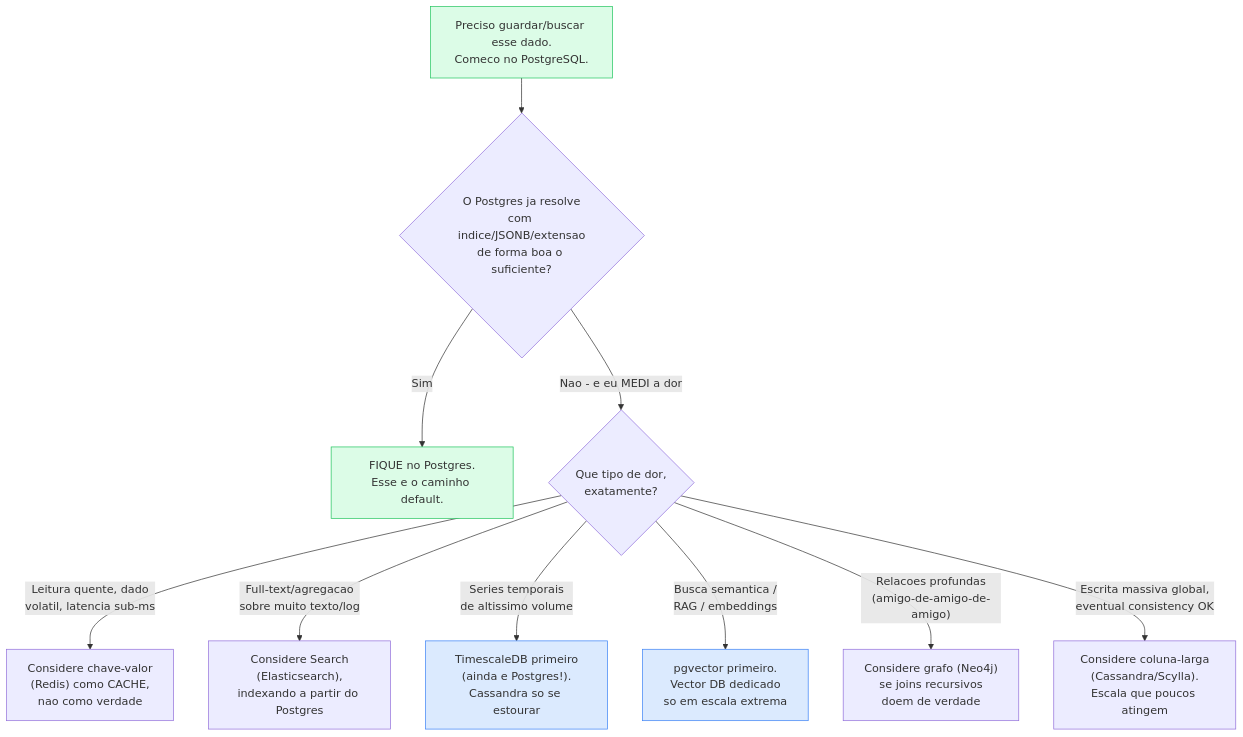
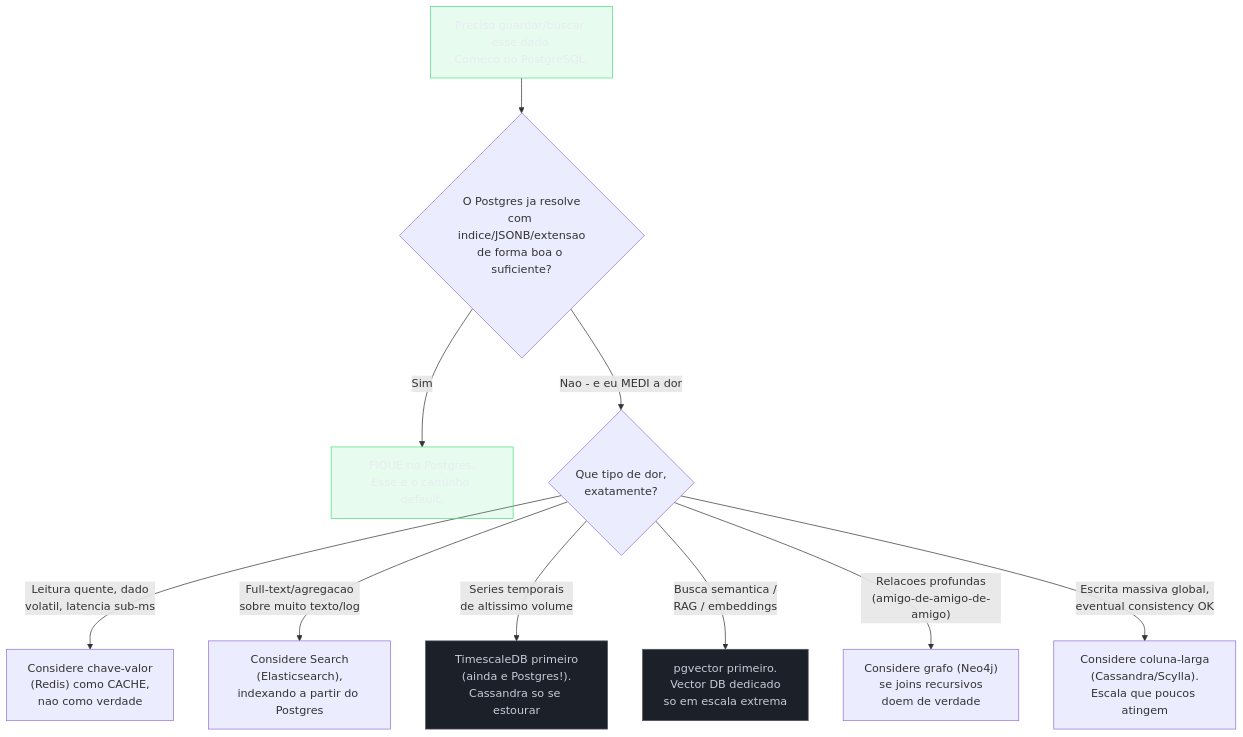
Before and after one commit to josenaldo/codex-technomanticus: the third of 4 diagrams in 03-Dominios/Ciência/Banco de Dados/14 - NoSQL e polyglot persistence.md, drawn with Mermaid. The commit also changed other lines of this file and 1181 other files, not shown here.

First line of the commit message:
fix(diagramas): paleta do sistema no lugar de cor cravada no markdown

````diff
--- a/03-Dominios/Ciência/Banco de Dados/14 - NoSQL e polyglot persistence.md
+++ b/03-Dominios/Ciência/Banco de Dados/14 - NoSQL e polyglot persistence.md
@@ -163,19 +165,21 @@
 ```mermaid
 flowchart TD
+    classDef ok fill:#4ADE8021,stroke:#4ADE80,color:#E9ECF2
+    classDef neutro fill:#1B2029,stroke:#4E5666,color:#C6CCD8
     Start["Preciso guardar/buscar esse dado.<br/>Comeco no PostgreSQL."]
     Start --> Q1{"O Postgres ja resolve<br/>com indice/JSONB/extensao<br/>de forma boa o suficiente?"}
     Q1 -->|Sim| Stay["FIQUE no Postgres.<br/>Esse e o caminho default."]
     Q1 -->|"Nao - e eu MEDI a dor"| Q2{"Que tipo de dor,<br/>exatamente?"}
 
     Q2 -->|"Leitura quente, dado<br/>volatil, latencia sub-ms"| KV["Considere chave-valor<br/>(Redis) como CACHE,<br/>nao como verdade"]
     Q2 -->|"Full-text/agregacao<br/>sobre muito texto/log"| Search["Considere Search<br/>(Elasticsearch),<br/>indexando a partir do Postgres"]
     Q2 -->|"Series temporais<br/>de altissimo volume"| TS["TimescaleDB primeiro<br/>(ainda e Postgres!).<br/>Cassandra so se estourar"]
     Q2 -->|"Busca semantica /<br/>RAG / embeddings"| Vec["pgvector primeiro.<br/>Vector DB dedicado<br/>so em escala extrema"]
     Q2 -->|"Relacoes profundas<br/>(amigo-de-amigo-de-amigo)"| Graph["Considere grafo (Neo4j)<br/>se joins recursivos<br/>doem de verdade"]
     Q2 -->|"Escrita massiva global,<br/>eventual consistency OK"| Wide["Considere coluna-larga<br/>(Cassandra/Scylla).<br/>Escala que poucos atingem"]
 
-    style Start fill:#dcfce7,stroke:#22c55e
-    style Stay fill:#dcfce7,stroke:#22c55e
-    style TS fill:#dbeafe,stroke:#3b82f6
-    style Vec fill:#dbeafe,stroke:#3b82f6
+    class Start ok
+    class Stay ok
+    class TS neutro
+    class Vec neutro
 ```
````
